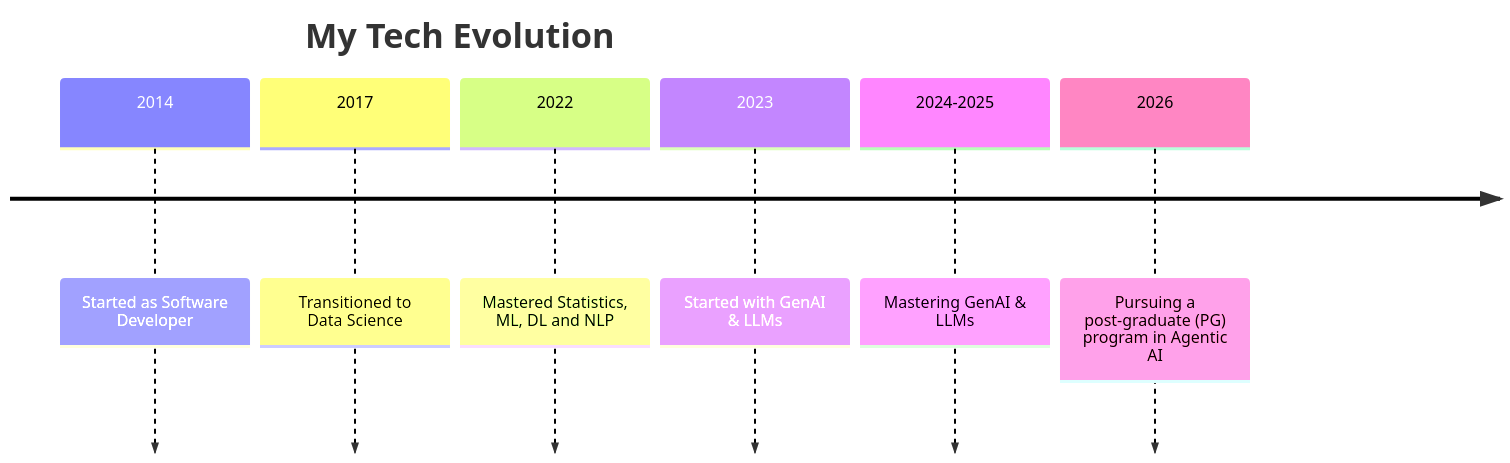
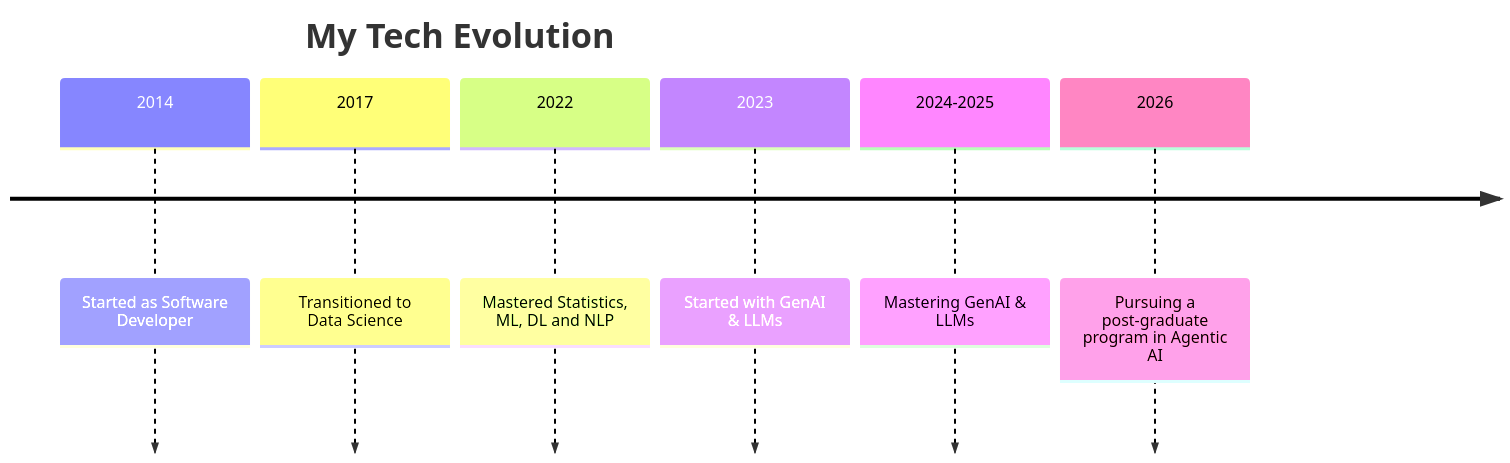
One commit to nikhilniksss/nikhilniksss changed the first of 2 diagrams in README.md. Above: the diagram before and after it, drawn with Mermaid.

````diff
--- a/README.md
+++ b/README.md
@@ -8,10 +8,10 @@
 ```mermaid
 timeline
     title My Tech Evolution
     2014 : Started as Software Developer
     2017 : Transitioned to Data Science
     2022 : Mastered Statistics, ML, DL and NLP
     2023 : Started with GenAI & LLMs
     2024-2025 : Mastering GenAI & LLMs
-    2026 : Pursuing a post-graduate (PG) program in Agentic AI 
+    2026 : Pursuing a post-graduate program in Agentic AI 
 ```
````
